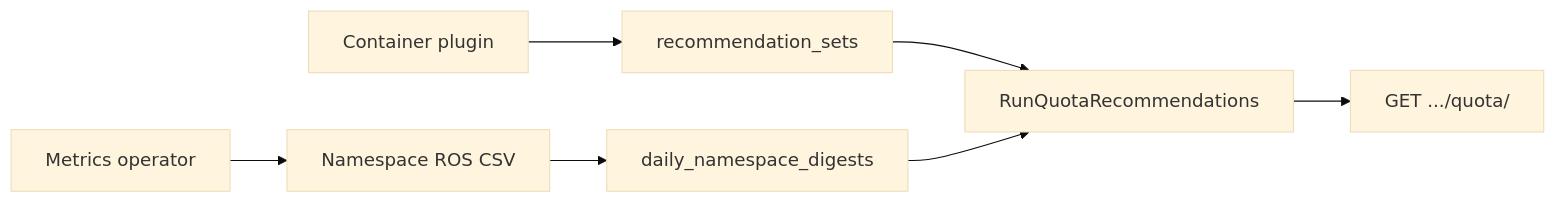
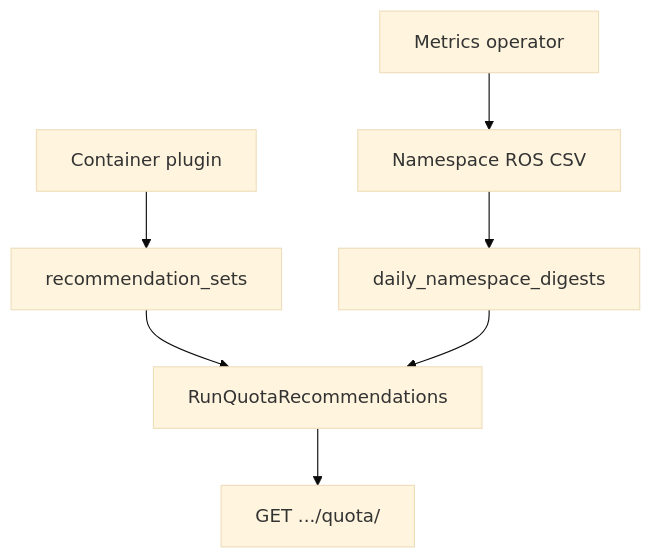
Before and after one commit to pgarciaq/ros-ocp-backend: the diagram in docs-site/features/quota-recommendations.md, drawn with Mermaid (base theme). The commit also changed 5 other files, not shown here.

First line of the commit message:
Fix docs-site diagrams and PVC right-sizing page layout.

````diff
--- a/docs-site/features/quota-recommendations.md
+++ b/docs-site/features/quota-recommendations.md
@@ -24,9 +24,9 @@
 ```mermaid
-flowchart LR
+flowchart TD
   Op[Metrics operator] --> CSV[Namespace ROS CSV]
   Cont[Container plugin] --> RS[recommendation_sets]
   CSV --> Digests[daily_namespace_digests]
   RS --> Quota[RunQuotaRecommendations]
   Digests --> Quota
   Quota --> API[GET .../quota/]
 ```
````
